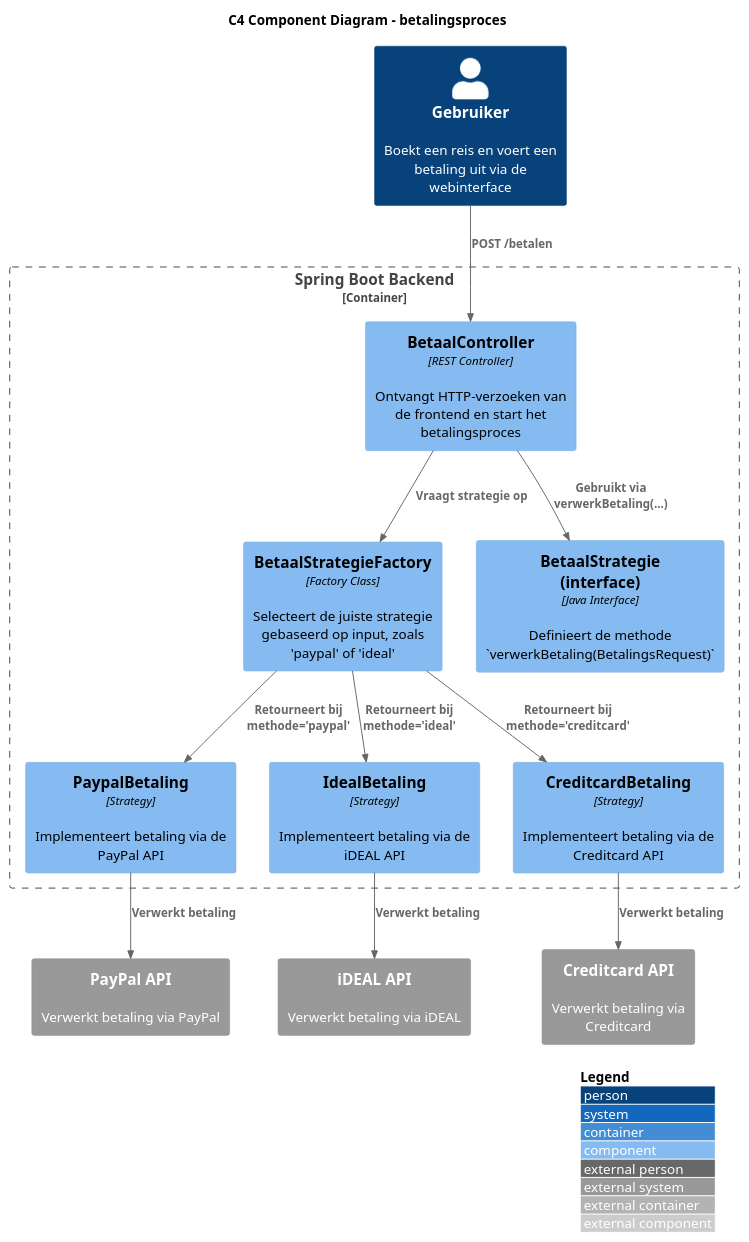
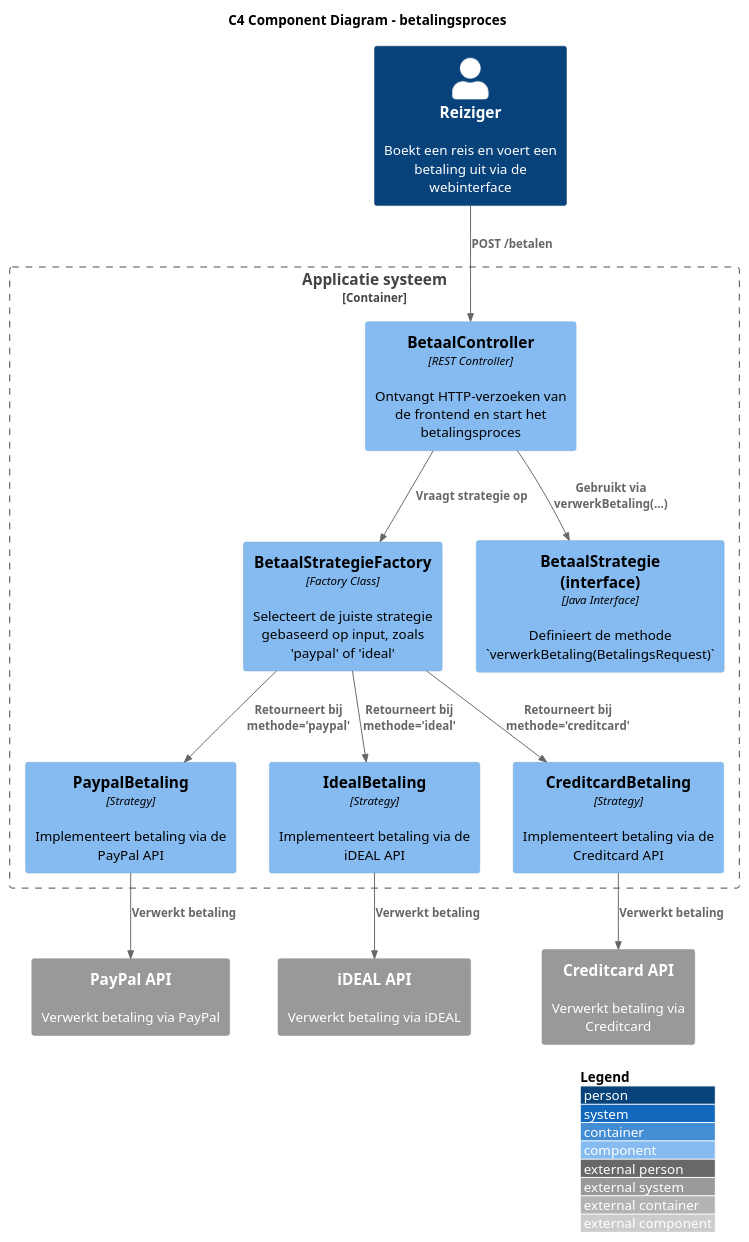
Before and after one commit to AIM-ENE-feb25/triptop-groep-5: the diagram in software-guidebook/betaalmethodescomponent.puml, drawn with PlantUML. The commit also changed 8 other files, not shown here.

Commit message:
small changes to diagrams

```diff
--- a/software-guidebook/betaalmethodescomponent.puml
+++ b/software-guidebook/betaalmethodescomponent.puml
@@ -1,40 +1,40 @@
 @startuml "C4 Component Diagram - betalingsproces"
 !include https://raw.githubusercontent.com/plantuml-stdlib/C4-PlantUML/master/C4_Component.puml
 
 LAYOUT_WITH_LEGEND()
 
 title "C4 Component Diagram - betalingsproces"
 
-Person(user, "Gebruiker", "Boekt een reis en voert een betaling uit via de webinterface")
+Person(reiziger, "Reiziger", "Boekt een reis en voert een betaling uit via de webinterface")
 
-Container_Boundary(backend, "Spring Boot Backend") {
+Container_Boundary(applicatieSysteem, "Applicatie systeem") {
 
   Component(controller, "BetaalController", "REST Controller","Ontvangt HTTP-verzoeken van de frontend en start het betalingsproces")
 
   Component(factory, "BetaalStrategieFactory", "Factory Class","Selecteert de juiste strategie gebaseerd op input, zoals 'paypal' of 'ideal'")
 
   Component(interface, "BetaalStrategie (interface)", "Java Interface","Definieert de methode `verwerkBetaling(BetalingsRequest)`")
 
   Component(paypal, "PaypalBetaling", "Strategy","Implementeert betaling via de PayPal API")
 
   Component(ideal, "IdealBetaling", "Strategy","Implementeert betaling via de iDEAL API")
 
   Component(cc, "CreditcardBetaling", "Strategy","Implementeert betaling via de Creditcard API")
 }
 
 System_Ext(paypalAPI, "PayPal API", "Verwerkt betaling via PayPal")
 System_Ext(idealAPI, "iDEAL API", "Verwerkt betaling via iDEAL")
 System_Ext(ccAPI, "Creditcard API", "Verwerkt betaling via Creditcard")
 
-Rel(user, controller, "POST /betalen")
+Rel(reiziger, controller, "POST /betalen")
 Rel(controller, factory, "Vraagt strategie op")
 Rel(factory, paypal, "Retourneert bij methode='paypal'")
 Rel(factory, ideal, "Retourneert bij methode='ideal'")
 Rel(factory, cc, "Retourneert bij methode='creditcard'")
 Rel(controller, interface, "Gebruikt via verwerkBetaling(...)")
 
 Rel(paypal, paypalAPI, "Verwerkt betaling")
 Rel(ideal, idealAPI, "Verwerkt betaling")
 Rel(cc, ccAPI, "Verwerkt betaling")
 
 @enduml
```
